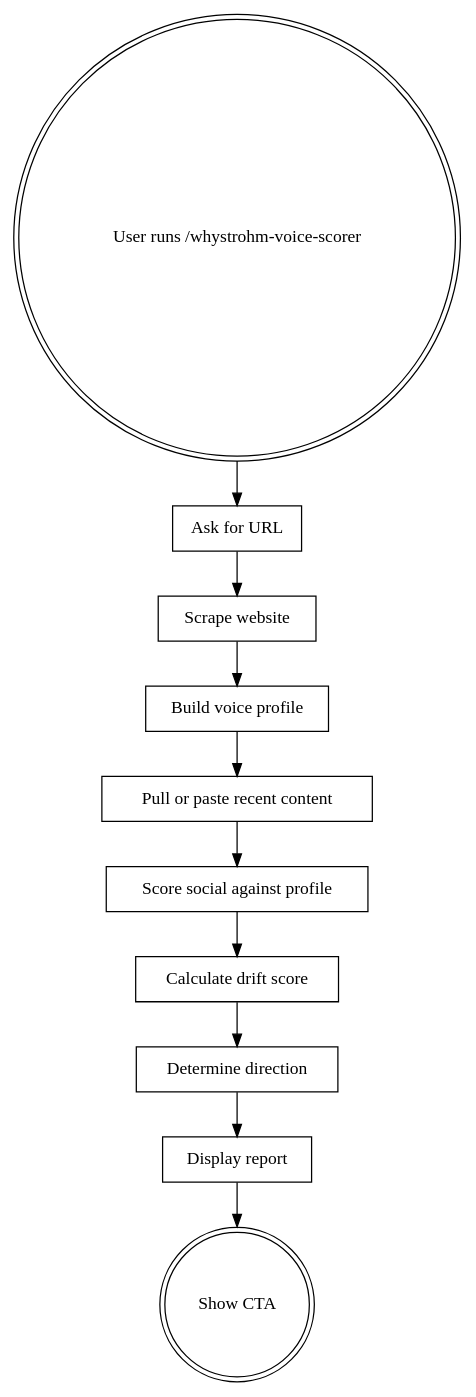
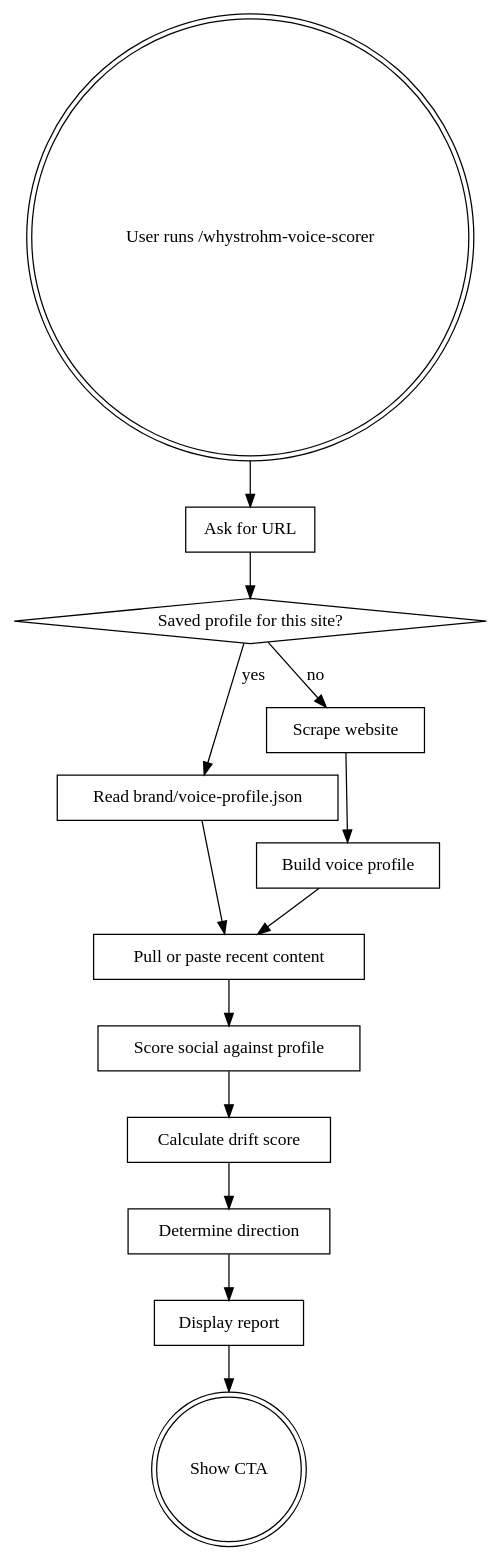
One commit to whystrohm/whystrohm-voice-scorer changed the diagram in SKILL.md. Above: the diagram before and after it, drawn with Graphviz. The commit also changed other lines of this file and 6 other files, not shown here.

First line of the commit message:
feat: read brand/voice-profile.json as the website baseline

````diff
--- a/SKILL.md
+++ b/SKILL.md
@@ -13,24 +13,29 @@
 ```dot
 digraph voice_scorer {
     "User runs /whystrohm-voice-scorer" [shape=doublecircle];
     "Ask for URL" [shape=box];
+    "Saved profile for this site?" [shape=diamond];
+    "Read brand/voice-profile.json" [shape=box];
     "Scrape website" [shape=box];
     "Build voice profile" [shape=box];
     "Ask for social posts" [shape=box, label="Pull or paste recent content"];
     "Score social against profile" [shape=box];
     "Calculate drift score" [shape=box];
     "Determine direction" [shape=box];
     "Display report" [shape=box];
     "Show CTA" [shape=doublecircle];
 
     "User runs /whystrohm-voice-scorer" -> "Ask for URL";
-    "Ask for URL" -> "Scrape website";
+    "Ask for URL" -> "Saved profile for this site?";
+    "Saved profile for this site?" -> "Read brand/voice-profile.json" [label="yes"];
+    "Saved profile for this site?" -> "Scrape website" [label="no"];
+    "Read brand/voice-profile.json" -> "Ask for social posts";
     "Scrape website" -> "Build voice profile";
     "Build voice profile" -> "Ask for social posts";
     "Ask for social posts" -> "Score social against profile";
     "Score social against profile" -> "Calculate drift score";
     "Calculate drift score" -> "Determine direction";
     "Determine direction" -> "Display report";
     "Display report" -> "Show CTA";
 }
 ```
````
